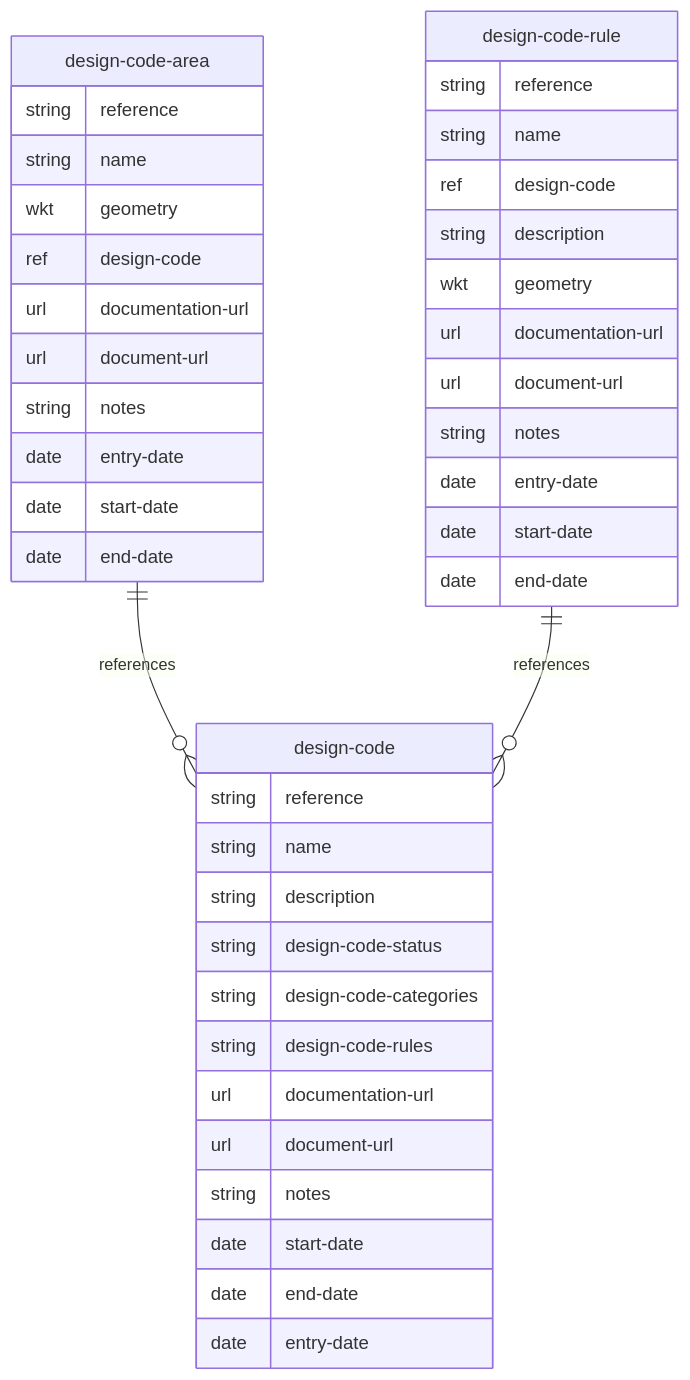
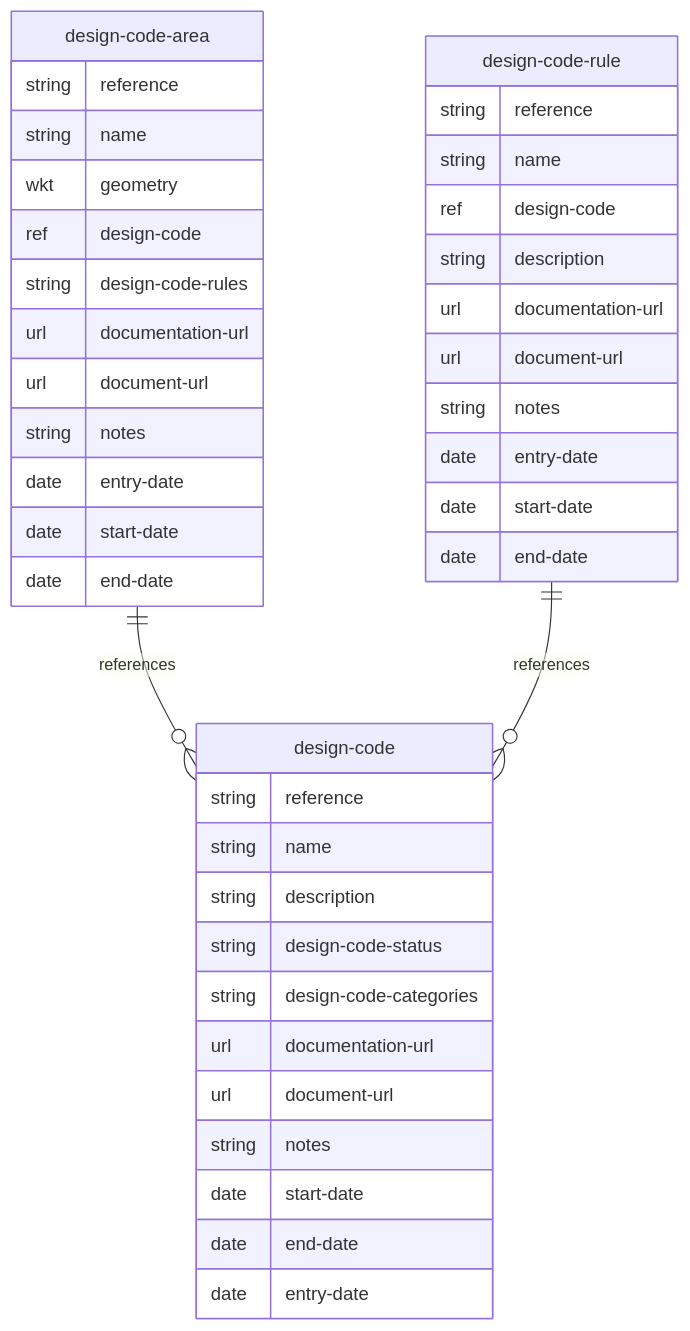
Before and after one commit to digital-land/specification: the diagram in mermaid/design-code.md, drawn with Mermaid. The commit also changed 169 other files, not shown here.

````diff
--- a/mermaid/design-code.md
+++ b/mermaid/design-code.md
@@ -4,44 +4,43 @@
 ```mermaid
 erDiagram
     design-code {
         string reference
         string name
         string description
         string design-code-status
         string design-code-categories
-        string design-code-rules
         url documentation-url
         url document-url
         string notes
         date start-date
         date end-date
         date entry-date
     }
     design-code-area {
         string reference
         string name
         wkt geometry
         ref design-code
+        string design-code-rules
         url documentation-url
         url document-url
         string notes
         date entry-date
         date start-date
         date end-date
     }
     design-code-rule {
         string reference
         string name
         ref design-code
         string description
-        wkt geometry
         url documentation-url
         url document-url
         string notes
         date entry-date
         date start-date
         date end-date
     }
     design-code-area ||--o{ design-code : references
     design-code-rule ||--o{ design-code : references
 ```
````
